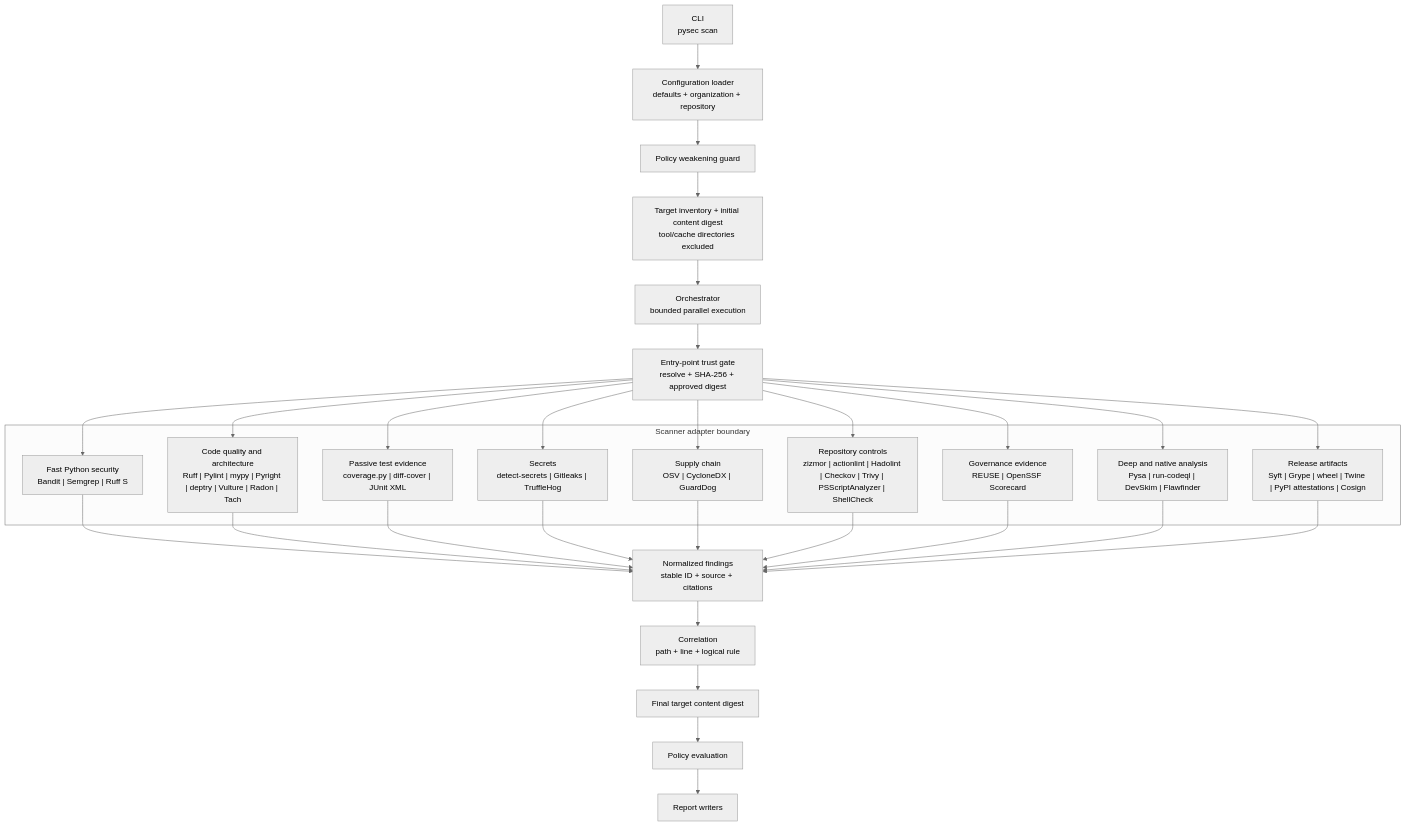
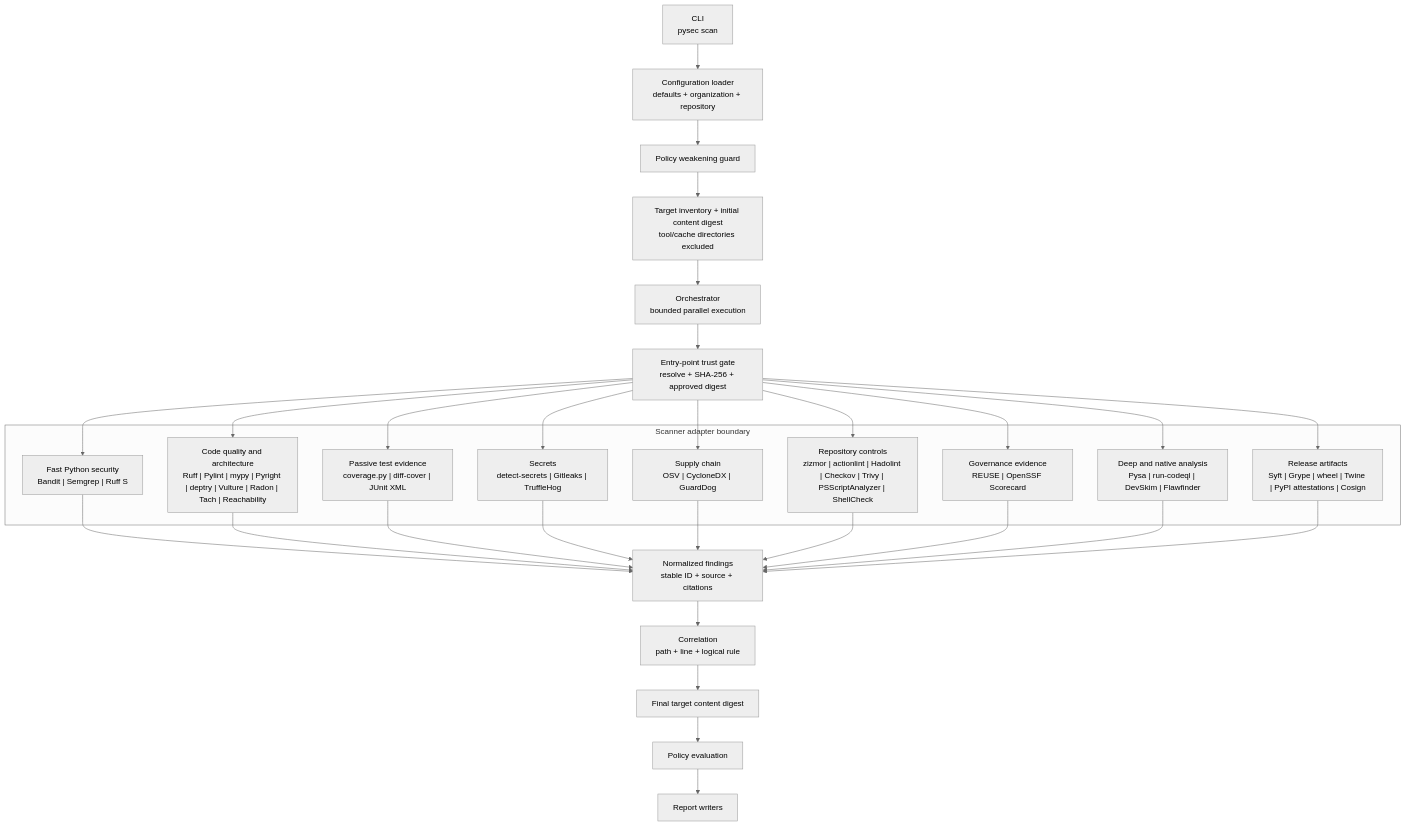
The third of 9 diagrams in docs/design.md (willtran87/project-py-security-suite), drawn with Mermaid (neutral theme) before and after one commit. The commit also changed other lines of this file and 24 other files, not shown here.

````diff
--- a/docs/design.md
+++ b/docs/design.md
@@ -125,48 +125,48 @@
 ```mermaid
 flowchart TD
     CLI["CLI<br/>pysec scan"]
     Config["Configuration loader<br/>defaults + organization + repository"]
     Guard["Policy weakening guard"]
     Inventory["Target inventory + initial content digest<br/>tool/cache directories excluded"]
     Orchestrator["Orchestrator<br/>bounded parallel execution"]
     ToolTrust["Entry-point trust gate<br/>resolve + SHA-256 + approved digest"]
     FinalSnapshot["Final target content digest"]
 
     subgraph Adapters["Scanner adapter boundary"]
         Fast["Fast Python security<br/>Bandit | Semgrep | Ruff S"]
-        Quality["Code quality and architecture<br/>Ruff | Pylint | mypy | Pyright | deptry | Vulture | Radon | Tach"]
+        Quality["Code quality and architecture<br/>Ruff | Pylint | mypy | Pyright | deptry | Vulture | Radon | Tach | Reachability"]
         Tests["Passive test evidence<br/>coverage.py | diff-cover | JUnit XML"]
         Secrets["Secrets<br/>detect-secrets | Gitleaks | TruffleHog"]
         Supply["Supply chain<br/>OSV | CycloneDX | GuardDog"]
         Pipeline["Repository controls<br/>zizmor | actionlint | Hadolint | Checkov | Trivy | PSScriptAnalyzer | ShellCheck"]
         Governance["Governance evidence<br/>REUSE | OpenSSF Scorecard"]
         Deep["Deep and native analysis<br/>Pysa | run-codeql | DevSkim | Flawfinder"]
         Artifact["Release artifacts<br/>Syft | Grype | wheel | Twine | PyPI attestations | Cosign"]
     end
 
     Normalize["Normalized findings<br/>stable ID + source + citations"]
     Correlate["Correlation<br/>path + line + logical rule"]
     Policy["Policy evaluation"]
     Report["Report writers"]
 
     CLI --> Config --> Guard --> Inventory --> Orchestrator --> ToolTrust
     ToolTrust --> Fast
     ToolTrust --> Quality
     ToolTrust --> Tests
     ToolTrust --> Secrets
     ToolTrust --> Supply
     ToolTrust --> Pipeline
     ToolTrust --> Governance
     ToolTrust --> Deep
     ToolTrust --> Artifact
     Fast --> Normalize
     Quality --> Normalize
     Tests --> Normalize
     Secrets --> Normalize
     Supply --> Normalize
     Pipeline --> Normalize
     Governance --> Normalize
     Deep --> Normalize
     Artifact --> Normalize
     Normalize --> Correlate --> FinalSnapshot --> Policy --> Report
 ```
````
